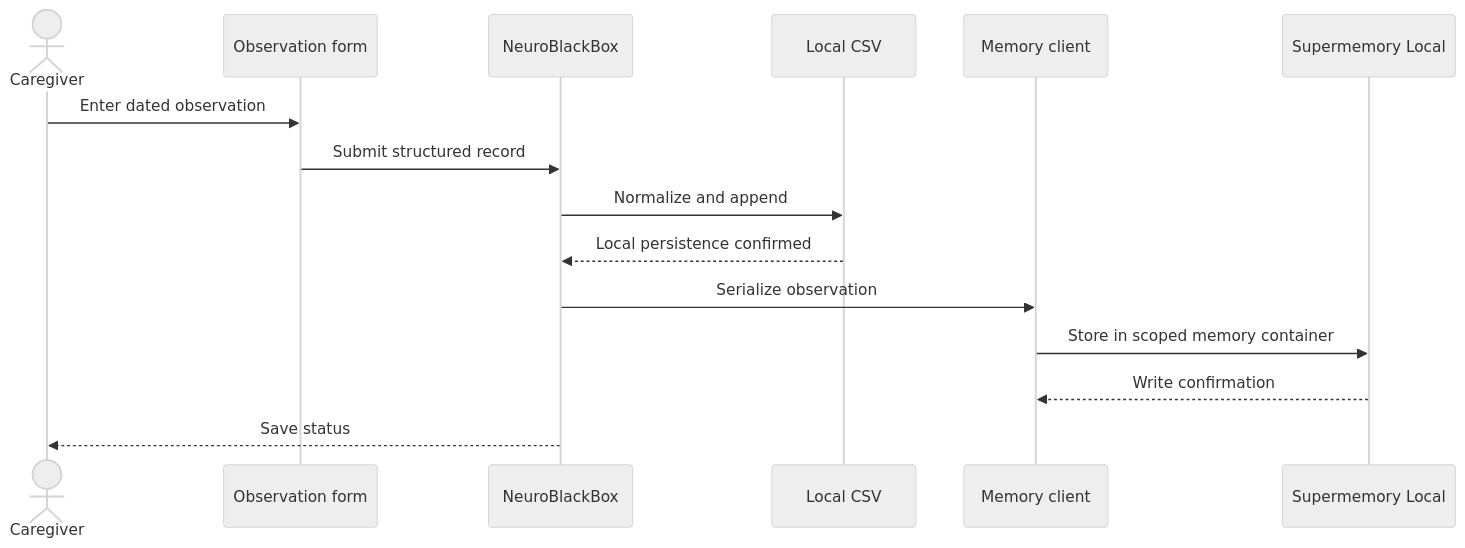
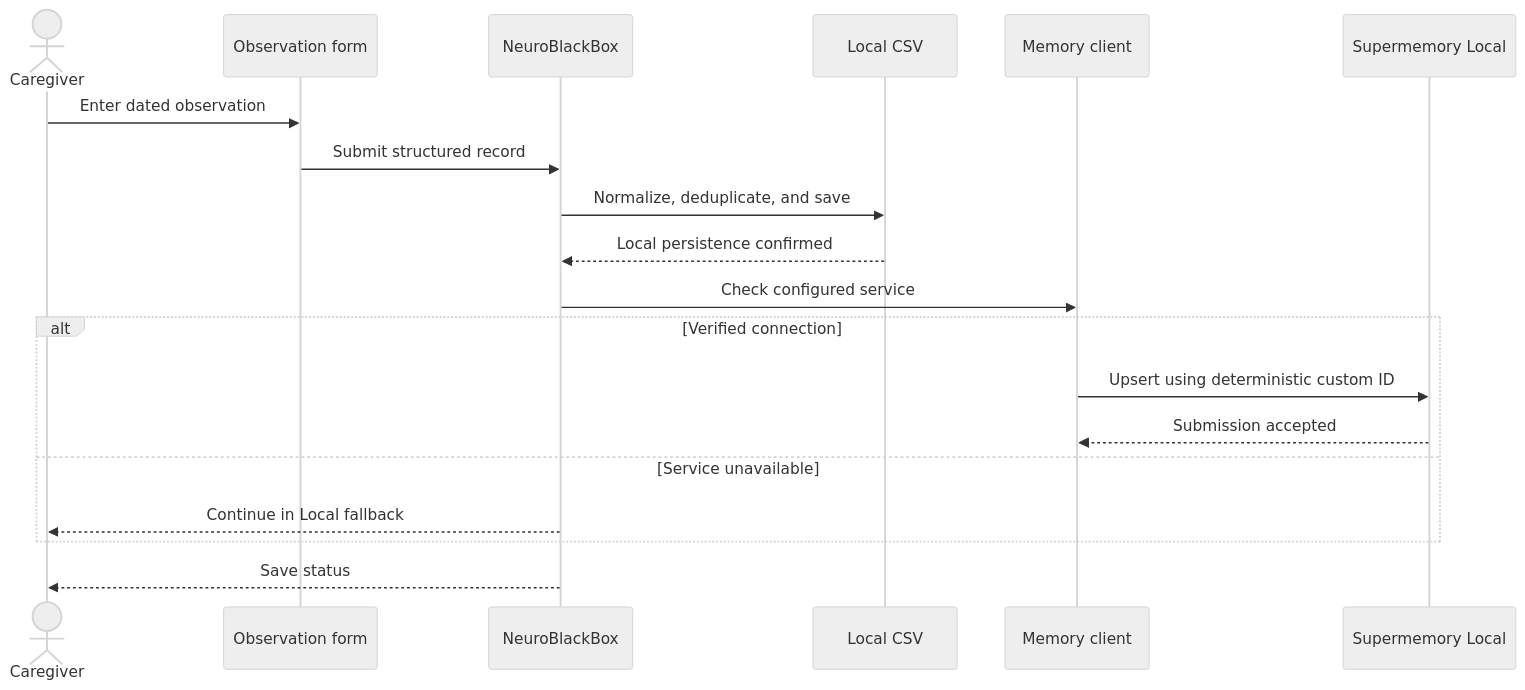
The fourth of 4 diagrams in README.md (Vedangalle/neuroblackbox), drawn with Mermaid (neutral theme) before and after one commit. The commit also changed other lines of this file and 9 other files, not shown here.

````diff
--- a/README.md
+++ b/README.md
@@ -325,21 +329,25 @@
 ```mermaid
 sequenceDiagram
     actor Caregiver
     participant Form as Observation form
     participant App as NeuroBlackBox
     participant CSV as Local CSV
     participant Client as Memory client
     participant SM as Supermemory Local
 
     Caregiver->>Form: Enter dated observation
     Form->>App: Submit structured record
 
-    App->>CSV: Normalize and append
+    App->>CSV: Normalize, deduplicate, and save
     CSV-->>App: Local persistence confirmed
 
-    App->>Client: Serialize observation
-    Client->>SM: Store in scoped memory container
-    SM-->>Client: Write confirmation
+    App->>Client: Check configured service
+    alt Verified connection
+        Client->>SM: Upsert using deterministic custom ID
+        SM-->>Client: Submission accepted
+    else Service unavailable
+        App-->>Caregiver: Continue in Local fallback
+    end
 
     App-->>Caregiver: Save status
 ```
````
